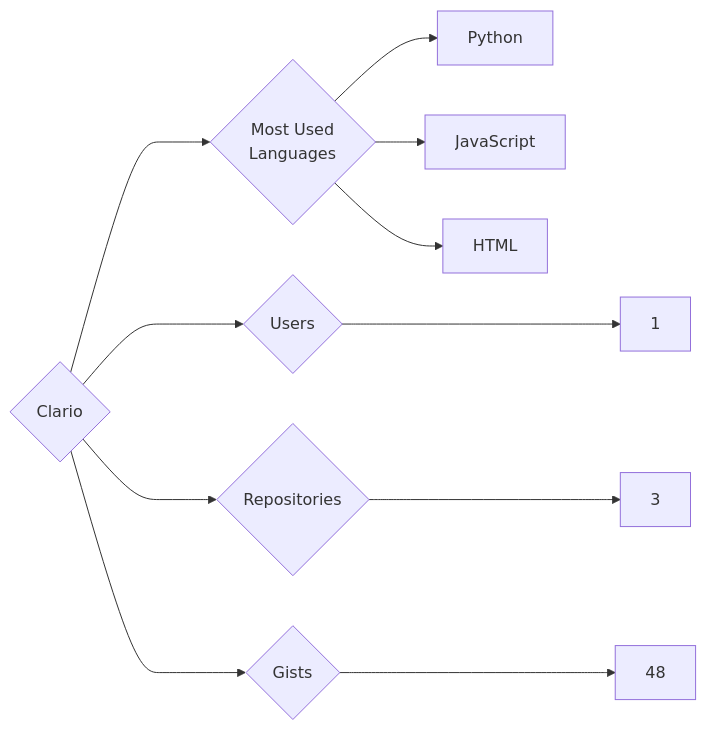
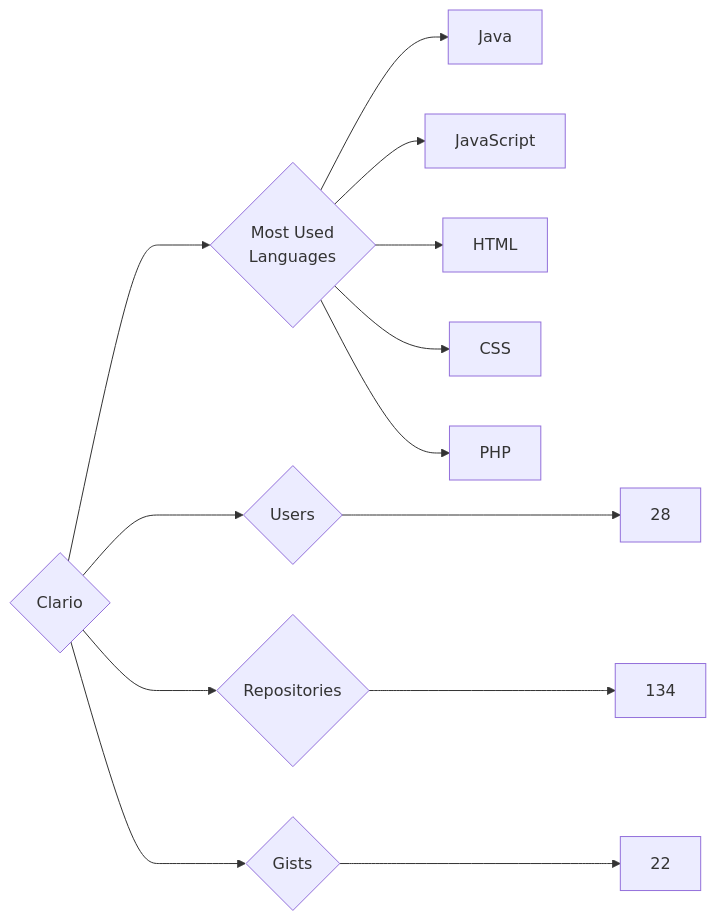
The diagram in targets/Clario/README.md (trickest/insiders), drawn with Mermaid before and after one commit. The commit also changed 657 other files, not shown here.

````diff
--- a/targets/Clario/README.md
+++ b/targets/Clario/README.md
@@ -3,11 +3,13 @@
 ```mermaid
 graph LR
 COMPANY_NAME{Clario}
-COMPANY_NAME ---> U{Users} ---> UN[1]
-COMPANY_NAME ---> R{Repositories} ---> RN[3]
-COMPANY_NAME ---> G{Gists} ---> GN[48]
+COMPANY_NAME ---> U{Users} ---> UN[28]
+COMPANY_NAME ---> R{Repositories} ---> RN[134]
+COMPANY_NAME ---> G{Gists} ---> GN[22]
 COMPANY_NAME ---> ML{Most Used<br>Languages}
-ML --> Python[Python]
+ML --> Java[Java]
 ML --> JavaScript[JavaScript]
 ML --> HTML[HTML]
+ML --> CSS[CSS]
+ML --> PHP[PHP]
 ```
````
